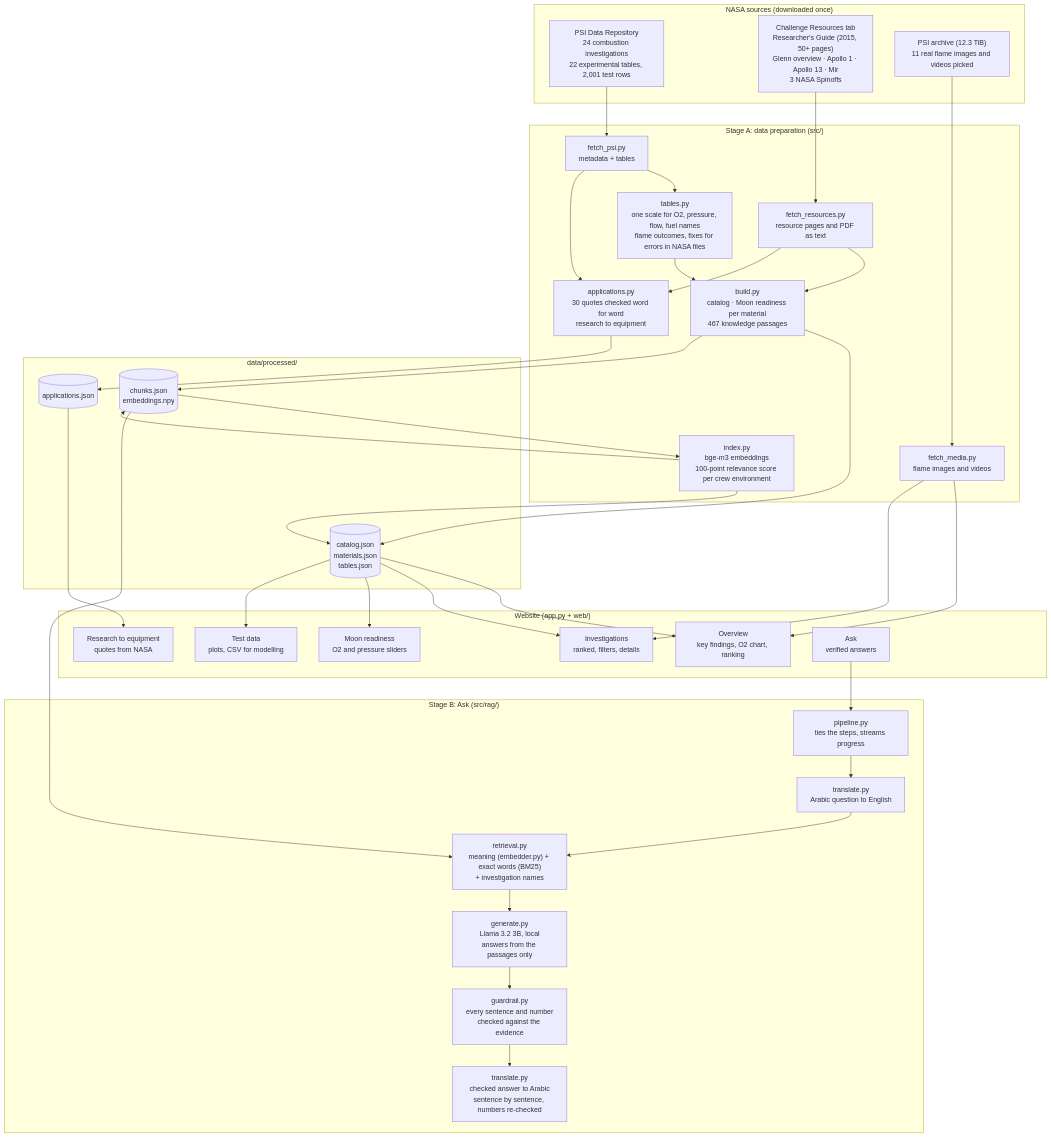
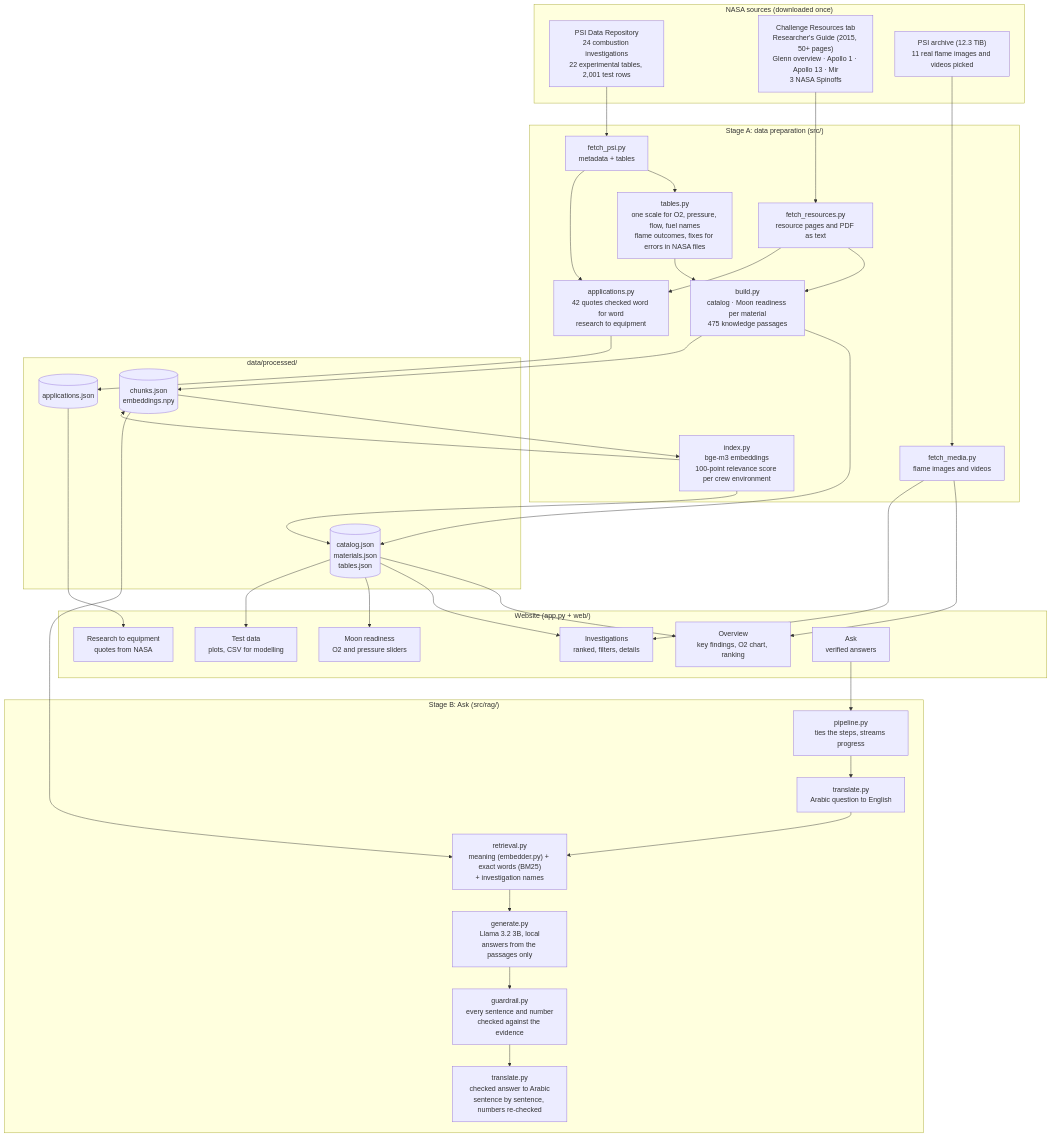
One commit to mariadwaghrh/flame-in-freefall changed the first of 2 diagrams in ARCHITECTURE.md. Above: the diagram before and after it, drawn with Mermaid. The commit also changed other lines of this file and 15 other files, not shown here.

First line of the commit message:
Team research: Apollo 13 lesson, more Spinoff quotes, 22-question test

````diff
--- a/ARCHITECTURE.md
+++ b/ARCHITECTURE.md
@@ -9,58 +9,58 @@
 ```mermaid
 flowchart TB
     subgraph SRC["NASA sources (downloaded once)"]
         PSI["PSI Data Repository<br/>24 combustion investigations<br/>22 experimental tables, 2,001 test rows"]
         RES["Challenge Resources tab<br/>Researcher's Guide (2015, 50+ pages)<br/>Glenn overview · Apollo 1 · Apollo 13 · Mir<br/>3 NASA Spinoffs"]
         ARC["PSI archive (12.3 TiB)<br/>11 real flame images and videos picked"]
     end
 
     subgraph PREP["Stage A: data preparation (src/)"]
         F1["fetch_psi.py<br/>metadata + tables"]
         F2["fetch_resources.py<br/>resource pages and PDF as text"]
         F3["fetch_media.py<br/>flame images and videos"]
         T["tables.py<br/>one scale for O2, pressure, flow, fuel names<br/>flame outcomes, fixes for errors in NASA files"]
-        B["build.py<br/>catalog · Moon readiness per material<br/>467 knowledge passages"]
-        A["applications.py<br/>30 quotes checked word for word<br/>research to equipment"]
+        B["build.py<br/>catalog · Moon readiness per material<br/>475 knowledge passages"]
+        A["applications.py<br/>42 quotes checked word for word<br/>research to equipment"]
         I["index.py<br/>bge-m3 embeddings<br/>100-point relevance score per crew environment"]
     end
 
     subgraph DATA["data/processed/"]
         CAT[("catalog.json<br/>materials.json<br/>tables.json")]
         CH[("chunks.json<br/>embeddings.npy")]
         APP[("applications.json")]
     end
 
     subgraph RAG["Stage B: Ask (src/rag/)"]
         TR1["translate.py<br/>Arabic question to English"]
         RET["retrieval.py<br/>meaning (embedder.py) + exact words (BM25)<br/>+ investigation names"]
         GEN["generate.py<br/>Llama 3.2 3B, local<br/>answers from the passages only"]
         GR["guardrail.py<br/>every sentence and number<br/>checked against the evidence"]
         TR2["translate.py<br/>checked answer to Arabic<br/>sentence by sentence, numbers re-checked"]
         PIPE["pipeline.py<br/>ties the steps, streams progress"]
     end
 
     subgraph WEB["Website (app.py + web/)"]
         V1["Overview<br/>key findings, O2 chart, ranking"]
         V2["Investigations<br/>ranked, filters, details"]
         V3["Moon readiness<br/>O2 and pressure sliders"]
         V4["Research to equipment<br/>quotes from NASA"]
         V5["Test data<br/>plots, CSV for modelling"]
         V6["Ask<br/>verified answers"]
     end
 
     PSI --> F1 --> T --> B
     RES --> F2 --> B
     ARC --> F3
     B --> CAT
     B --> CH
     CH --> I --> CH
     I --> CAT
     F1 --> A
     F2 --> A --> APP
     CAT --> V1 & V2 & V3 & V5
     APP --> V4
     F3 --> V1 & V2
     V6 --> PIPE
     PIPE --> TR1 --> RET --> GEN --> GR --> TR2
     CH --> RET
 ```
````
